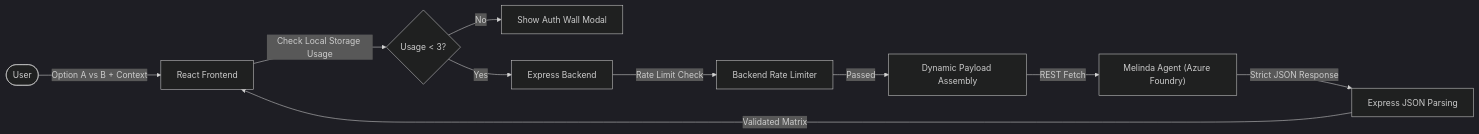
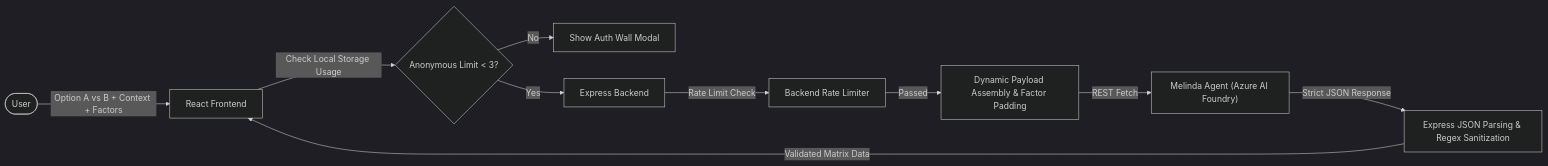
Before and after one commit to Ahtesham-Latif/Tie-Breaker-App: the diagram in README.md, drawn with Mermaid (dark theme). The commit also changed other lines of this file and 10 other files, not shown here.

Commit message:
feat: Mobile UI overhaul, zero-scroll toolbar, LRU caching, and Deep Research Azure agent integration

````diff
--- a/README.md
+++ b/README.md
@@ -57,13 +27,13 @@
 ```mermaid
 flowchart LR
     User([User])
-    User -->|"Option A vs B + Context"| React["React Frontend"]
-    React -->|"Check Local Storage Usage"| AuthWall{"Usage < 3?"}
+    User -->|"Option A vs B + Context + Factors"| React["React Frontend"]
+    React -->|"Check Local Storage Usage"| AuthWall{"Anonymous Limit < 3?"}
     AuthWall -- No --> Block["Show Auth Wall Modal"]
     AuthWall -- Yes --> Express["Express Backend"]
     Express -->|"Rate Limit Check"| BRL["Backend Rate Limiter"]
-    BRL -->|"Passed"| Payload["Dynamic Payload Assembly"]
-    Payload -->|"REST Fetch"| Melinda["Melinda Agent (Azure Foundry)"]
-    Melinda -->|"Strict JSON Response"| Validation["Express JSON Parsing"]
-    Validation -->|"Validated Matrix"| React
+    BRL -->|"Passed"| Payload["Dynamic Payload Assembly & Factor Padding"]
+    Payload -->|"REST Fetch"| Melinda["Melinda Agent (Azure AI Foundry)"]
+    Melinda -->|"Strict JSON Response"| Validation["Express JSON Parsing & Regex Sanitization"]
+    Validation -->|"Validated Matrix Data"| React
 ```
````
